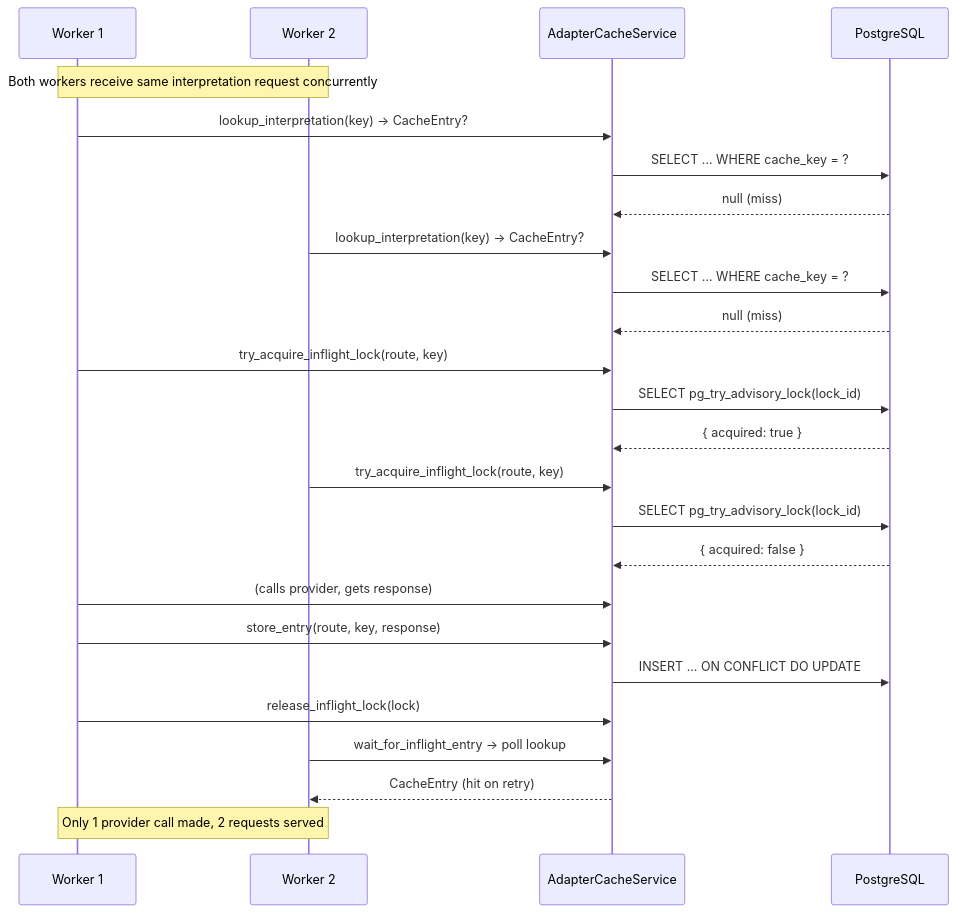
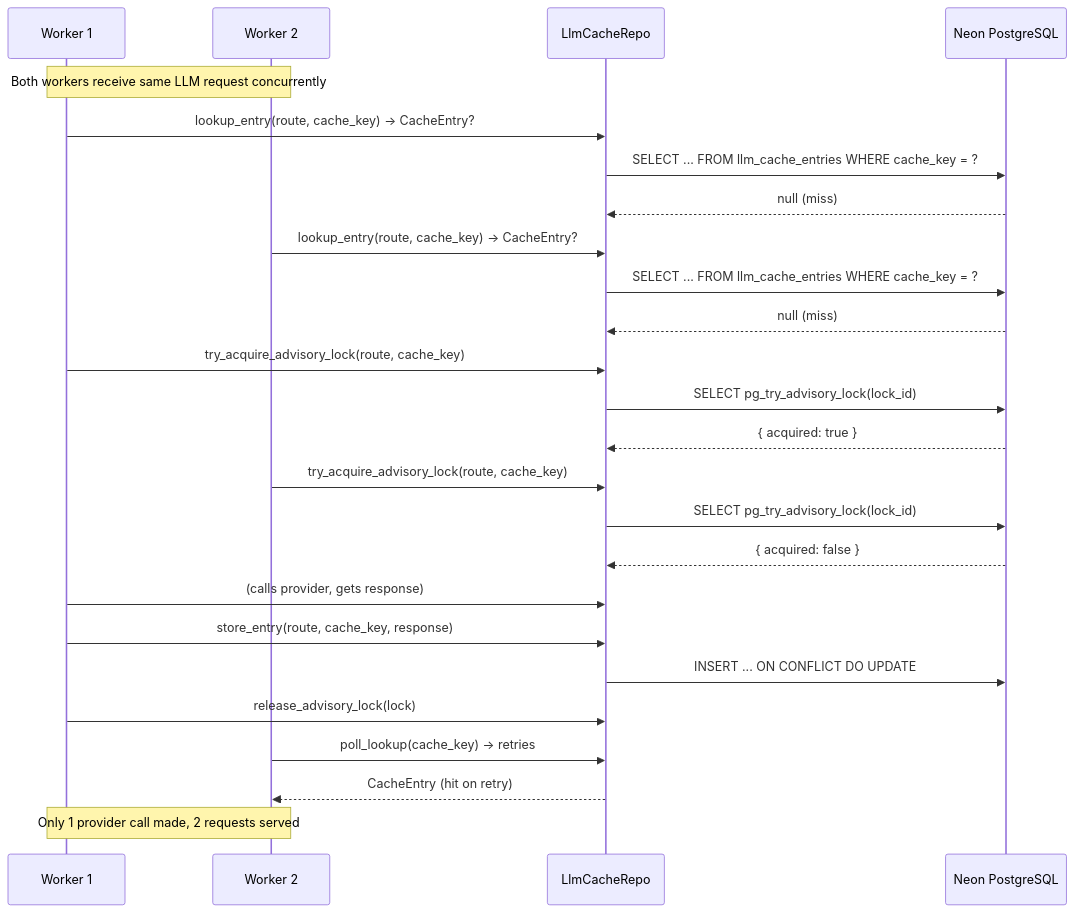
Before and after one commit to akmalhasan19/klass-mobile: the fourth of 5 diagrams in INTEGRATION_MAPPING.md, drawn with Mermaid. The commit also changed other lines of this file and 10 other files, not shown here.

````diff
--- a/INTEGRATION_MAPPING.md
+++ b/INTEGRATION_MAPPING.md
@@ -210,35 +278,35 @@
 ```mermaid
 sequenceDiagram
     participant Worker1 as Worker 1
     participant Worker2 as Worker 2
-    participant Cache as AdapterCacheService
-    participant DB as PostgreSQL
+    participant Cache as LlmCacheRepo
+    participant DB as Neon PostgreSQL
 
-    Note over Worker1,Worker2: Both workers receive same interpretation request concurrently
+    Note over Worker1,Worker2: Both workers receive same LLM request concurrently
 
-    Worker1->>Cache: lookup_interpretation(key) → CacheEntry?
-    Cache->>DB: SELECT ... WHERE cache_key = ?
+    Worker1->>Cache: lookup_entry(route, cache_key) → CacheEntry?
+    Cache->>DB: SELECT ... FROM llm_cache_entries WHERE cache_key = ?
     DB-->>Cache: null (miss)
 
-    Worker2->>Cache: lookup_interpretation(key) → CacheEntry?
-    Cache->>DB: SELECT ... WHERE cache_key = ?
+    Worker2->>Cache: lookup_entry(route, cache_key) → CacheEntry?
+    Cache->>DB: SELECT ... FROM llm_cache_entries WHERE cache_key = ?
     DB-->>Cache: null (miss)
 
-    Worker1->>Cache: try_acquire_inflight_lock(route, key)
+    Worker1->>Cache: try_acquire_advisory_lock(route, cache_key)
     Cache->>DB: SELECT pg_try_advisory_lock(lock_id)
     DB-->>Cache: { acquired: true }
 
-    Worker2->>Cache: try_acquire_inflight_lock(route, key)
+    Worker2->>Cache: try_acquire_advisory_lock(route, cache_key)
     Cache->>DB: SELECT pg_try_advisory_lock(lock_id)
     DB-->>Cache: { acquired: false }
 
     Worker1->>Cache: (calls provider, gets response)
-    Worker1->>Cache: store_entry(route, key, response)
+    Worker1->>Cache: store_entry(route, cache_key, response)
     Cache->>DB: INSERT ... ON CONFLICT DO UPDATE
-    Worker1->>Cache: release_inflight_lock(lock)
+    Worker1->>Cache: release_advisory_lock(lock)
 
-    Worker2->>Cache: wait_for_inflight_entry → poll lookup
+    Worker2->>Cache: poll_lookup(cache_key) → retries
     Cache-->>Worker2: CacheEntry (hit on retry)
 
     Note over Worker1,Worker2: Only 1 provider call made, 2 requests served
 ```
````
